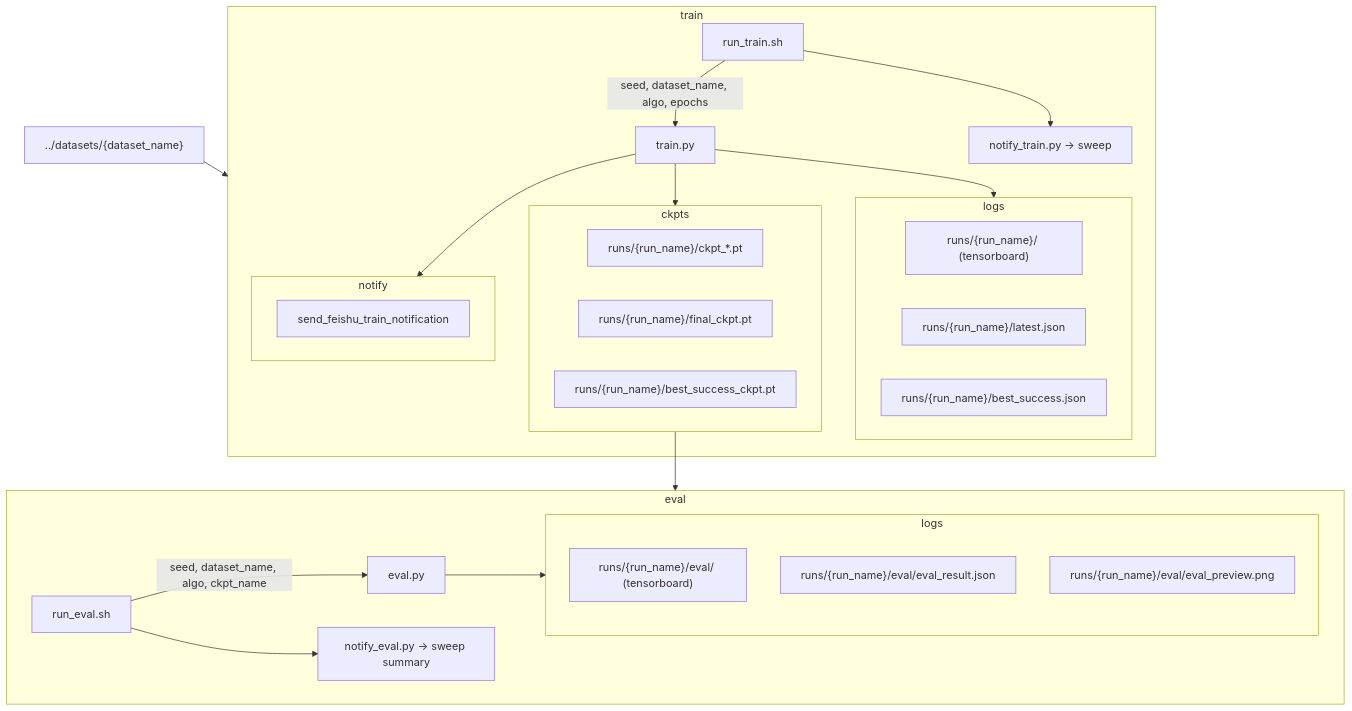
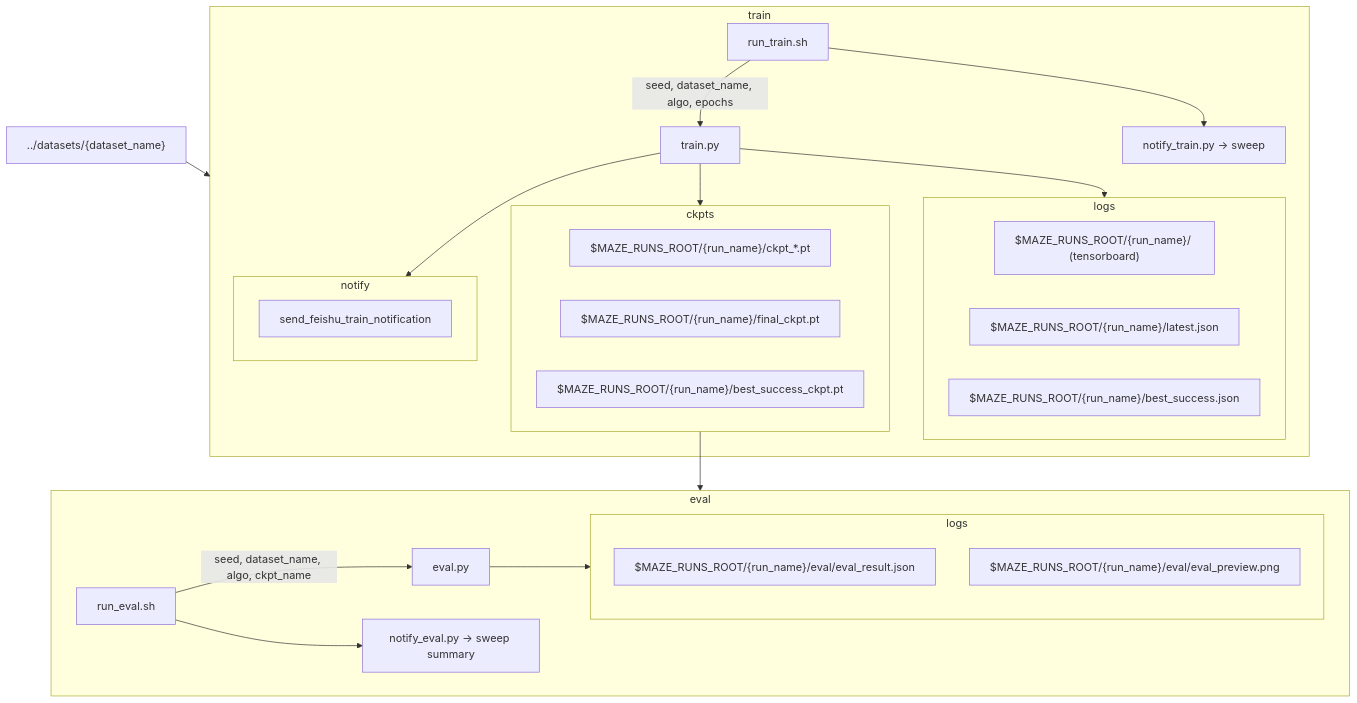
The second of 4 diagrams in README.md (IBNBlank/maze_playground), drawn with Mermaid before and after one commit. The commit also changed other lines of this file and 12 other files, not shown here.

````diff
--- a/README.md
+++ b/README.md
@@ -106,46 +104,45 @@
 ```mermaid
 flowchart TB
     dataset_data["../datasets/{dataset_name}"]
 
     dataset_data --> train
     subgraph train["train"]
         train_bash["run_train.sh"]
         train_bash --> |seed, dataset_name, algo, epochs| train_python["train.py"]
 
         train_python --> train_log
         subgraph train_log["logs"]
-            train_log_tensorboard["runs/{run_name}/ (tensorboard)"]
-            train_log_latest["runs/{run_name}/latest.json"]
-            train_log_success["runs/{run_name}/best_success.json"]
+            train_log_tensorboard["$MAZE_RUNS_ROOT/{run_name}/ (tensorboard)"]
+            train_log_latest["$MAZE_RUNS_ROOT/{run_name}/latest.json"]
+            train_log_success["$MAZE_RUNS_ROOT/{run_name}/best_success.json"]
         end
 
         train_python --> train_ckpt
         subgraph train_ckpt["ckpts"]
-            train_ckpt_mid["runs/{run_name}/ckpt_*.pt"]
-            train_ckpt_final["runs/{run_name}/final_ckpt.pt"]
-            train_ckpt_success["runs/{run_name}/best_success_ckpt.pt"]
+            train_ckpt_mid["$MAZE_RUNS_ROOT/{run_name}/ckpt_*.pt"]
+            train_ckpt_final["$MAZE_RUNS_ROOT/{run_name}/final_ckpt.pt"]
+            train_ckpt_success["$MAZE_RUNS_ROOT/{run_name}/best_success_ckpt.pt"]
         end
 
         train_python --> train_notify
         subgraph train_notify["notify"]
             train_notify_job["send_feishu_train_notification"]
         end
 
         train_bash --> train_sweep["notify_train.py → sweep"]
     end
 
     train_ckpt --> eval
     subgraph eval["eval"]
         eval_bash["run_eval.sh"]
         eval_bash --> |seed, dataset_name, algo, ckpt_name| eval_python["eval.py"]
 
         eval_python --> eval_log
         subgraph eval_log["logs"]
-            eval_log_tb["runs/{run_name}/eval/ (tensorboard)"]
-            eval_log_result["runs/{run_name}/eval/eval_result.json"]
-            eval_log_preview["runs/{run_name}/eval/eval_preview.png"]
+            eval_log_result["$MAZE_RUNS_ROOT/{run_name}/eval/eval_result.json"]
+            eval_log_preview["$MAZE_RUNS_ROOT/{run_name}/eval/eval_preview.png"]
         end
 
         eval_bash --> eval_sweep["notify_eval.py → sweep summary"]
     end
 ```
````
